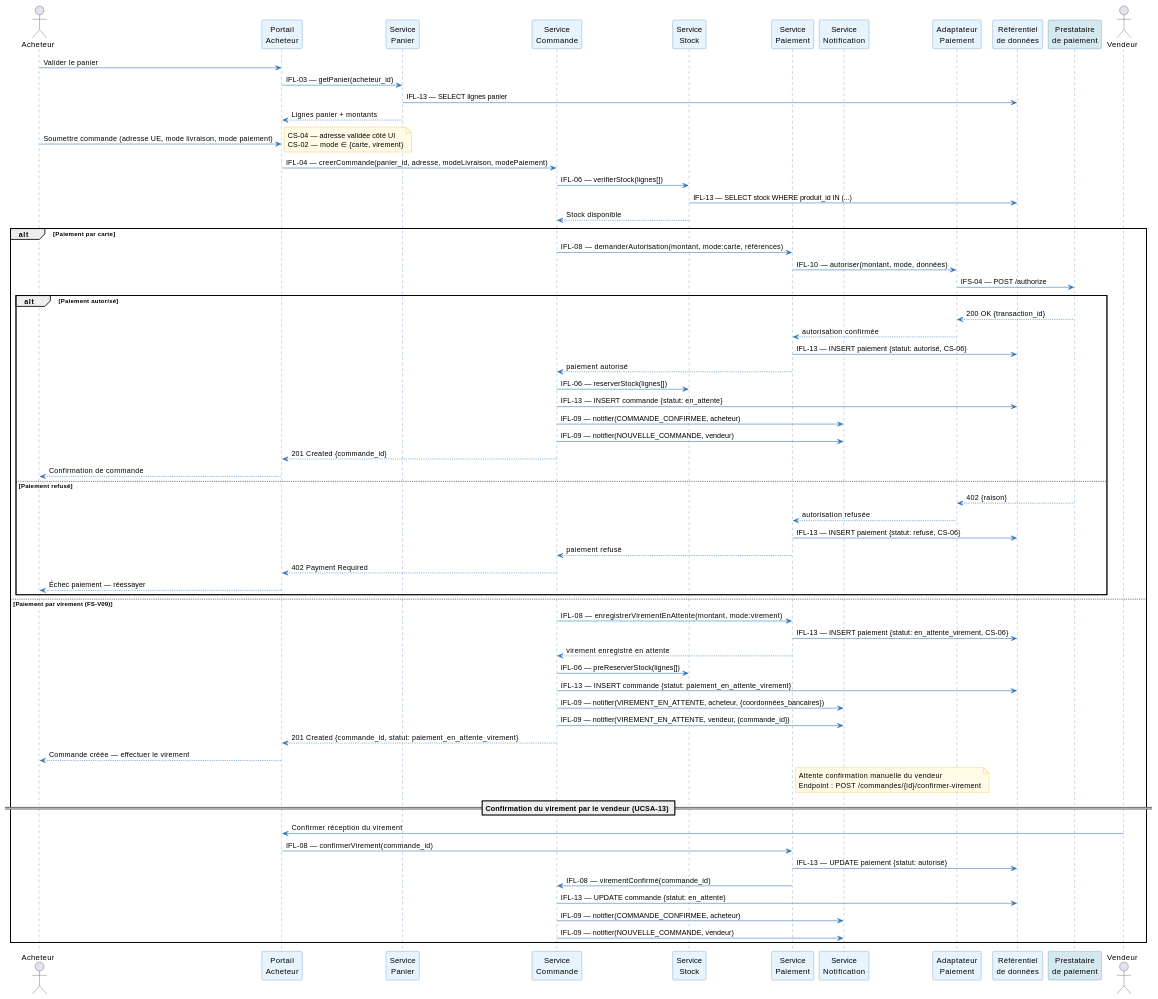
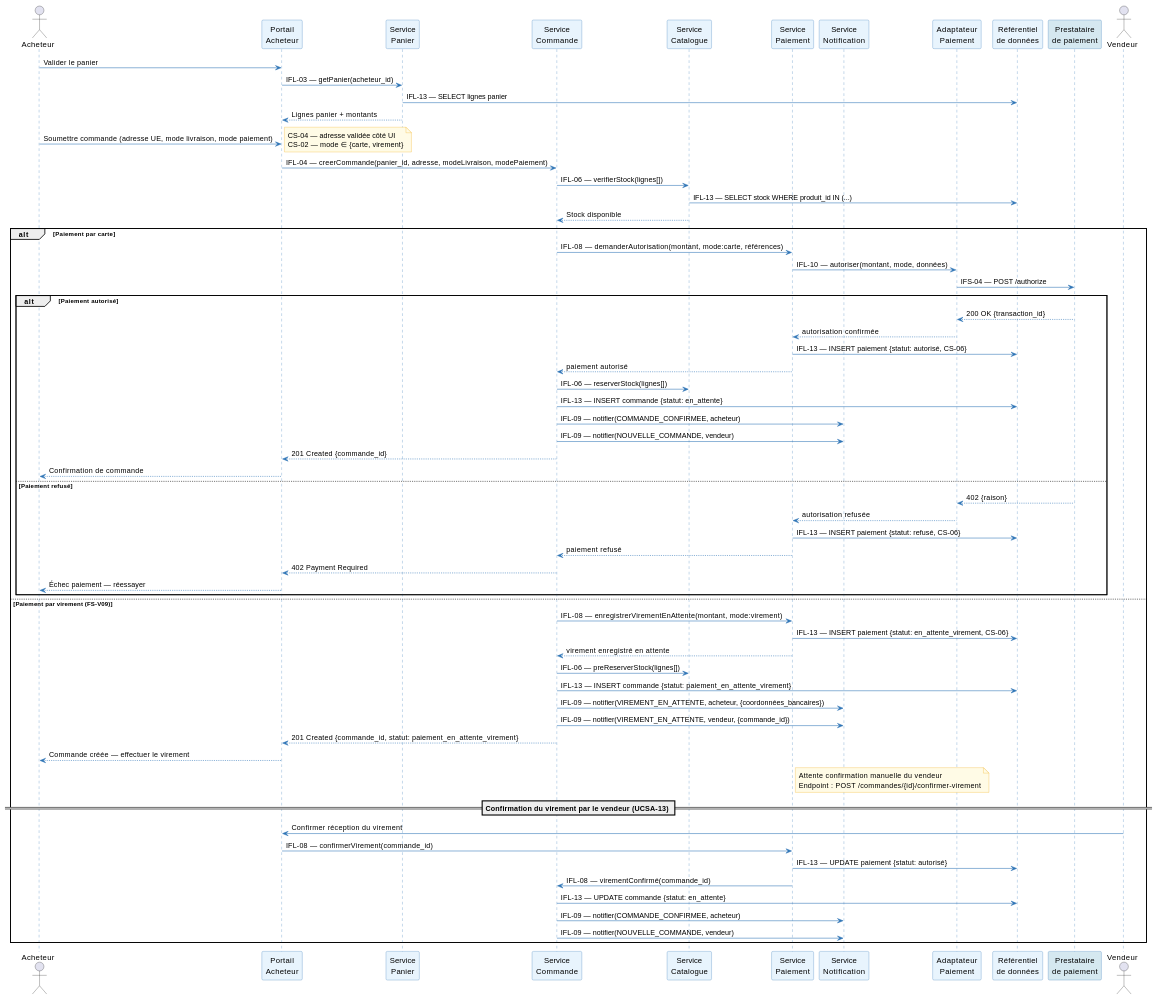
The third of 7 diagrams in architecture/03-logical-architecture/la.adoc (louistalvande/online_shop), drawn with PlantUML before and after one commit. The commit also changed other lines of this file, not shown here.

Commit message:
merge product and stock, delete audit log

```diff
--- a/architecture/03-logical-architecture/la.adoc
+++ b/architecture/03-logical-architecture/la.adoc
@@ -353,7 +346,7 @@
 participant "Portail\nAcheteur" as UI
 participant "Service\nPanier" as SvcCart
 participant "Service\nCommande" as SvcOrder
-participant "Service\nStock" as SvcStock
+participant "Service\nCatalogue" as SvcCatalog
 participant "Service\nPaiement" as SvcPayment
 participant "Service\nNotification" as SvcNotif
 participant "Adaptateur\nPaiement" as AdpPayment
@@ -369,9 +362,9 @@
 note right : CS-04 — adresse validée côté UI\nCS-02 — mode ∈ {carte, virement}
 
 UI -> SvcOrder : IFL-04 — creerCommande(panier_id, adresse, modeLivraison, modePaiement)
-SvcOrder -> SvcStock : IFL-06 — verifierStock(lignes[])
-SvcStock -> DB : IFL-13 — SELECT stock WHERE produit_id IN (...)
-SvcStock --> SvcOrder : Stock disponible
+SvcOrder -> SvcCatalog : IFL-06 — verifierStock(lignes[])
+SvcCatalog -> DB : IFL-13 — SELECT stock WHERE produit_id IN (...)
+SvcCatalog --> SvcOrder : Stock disponible
 
 alt Paiement par carte
   SvcOrder -> SvcPayment : IFL-08 — demanderAutorisation(montant, mode:carte, références)
@@ -384,7 +377,7 @@
     SvcPayment -> DB : IFL-13 — INSERT paiement {statut: autorisé, CS-06}
     SvcPayment --> SvcOrder : paiement autorisé
 
-    SvcOrder -> SvcStock : IFL-06 — reserverStock(lignes[])
+    SvcOrder -> SvcCatalog : IFL-06 — reserverStock(lignes[])
     SvcOrder -> DB : IFL-13 — INSERT commande {statut: en_attente}
     SvcOrder -> SvcNotif : IFL-09 — notifier(COMMANDE_CONFIRMEE, acheteur)
     SvcOrder -> SvcNotif : IFL-09 — notifier(NOUVELLE_COMMANDE, vendeur)
@@ -404,7 +397,7 @@
   SvcOrder -> SvcPayment : IFL-08 — enregistrerVirementEnAttente(montant, mode:virement)
   SvcPayment -> DB : IFL-13 — INSERT paiement {statut: en_attente_virement, CS-06}
   SvcPayment --> SvcOrder : virement enregistré en attente
-  SvcOrder -> SvcStock : IFL-06 — preReserverStock(lignes[])
+  SvcOrder -> SvcCatalog : IFL-06 — preReserverStock(lignes[])
   SvcOrder -> DB : IFL-13 — INSERT commande {statut: paiement_en_attente_virement}
   SvcOrder -> SvcNotif : IFL-09 — notifier(VIREMENT_EN_ATTENTE, acheteur, {coordonnées_bancaires})
   SvcOrder -> SvcNotif : IFL-09 — notifier(VIREMENT_EN_ATTENTE, vendeur, {commande_id})
```
